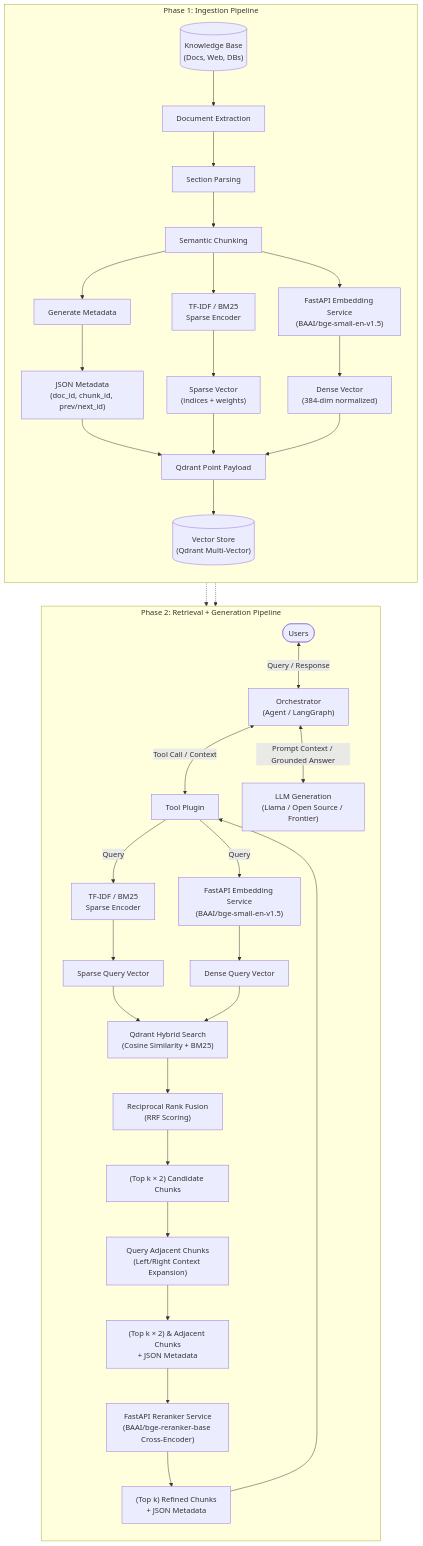
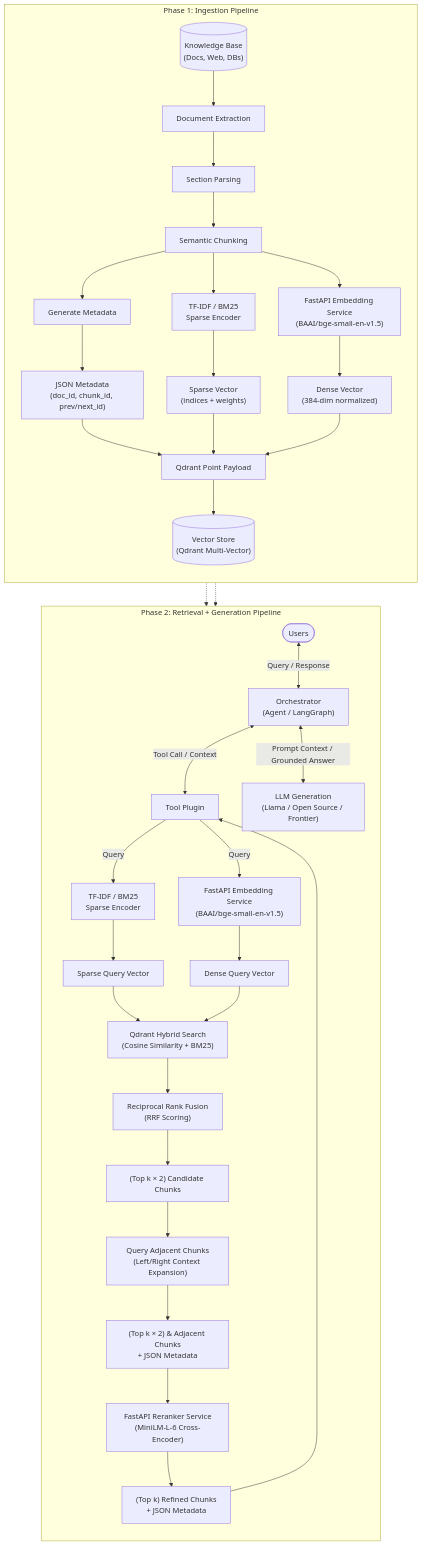
Before and after one commit to Ayush-Vish/MediAgent: the diagram in docs/HYBRID_RAG_ARCHITECTURE.md, drawn with Mermaid. The commit also changed other lines of this file and 12 other files, not shown here.

````diff
--- a/docs/HYBRID_RAG_ARCHITECTURE.md
+++ b/docs/HYBRID_RAG_ARCHITECTURE.md
@@ -13,52 +13,52 @@
 ```mermaid
 flowchart TD
     %% INGESTION PIPELINE
     subgraph INGESTION["Phase 1: Ingestion Pipeline"]
         direction TB
         KB[("Knowledge Base\n(Docs, Web, DBs)")] --> EXT["Document Extraction"]
         EXT --> SEC["Section Parsing"]
         SEC --> CHK["Semantic Chunking"]
         
         CHK --> META["Generate Metadata"]
         CHK --> TFIDF_I["TF-IDF / BM25\nSparse Encoder"]
         CHK --> DENSE_I["FastAPI Embedding Service\n(BAAI/bge-small-en-v1.5)"]
         
         META --> JSON_M["JSON Metadata\n(doc_id, chunk_id, prev/next_id)"]
         TFIDF_I --> SP_VEC["Sparse Vector\n(indices + weights)"]
         DENSE_I --> DS_VEC["Dense Vector\n(384-dim normalized)"]
         
         JSON_M & SP_VEC & DS_VEC --> POINT["Qdrant Point Payload"]
         POINT --> VSTORE[("Vector Store\n(Qdrant Multi-Vector)")]
     end
 
     %% RETRIEVAL & GENERATION PIPELINE
     subgraph RETRIEVAL["Phase 2: Retrieval + Generation Pipeline"]
         direction TB
         USER(["Users"]) <-->|"Query / Response"| ORCH["Orchestrator\n(Agent / LangGraph)"]
         ORCH <-->|"Tool Call / Context"| TOOL["Tool Plugin"]
         
         TOOL -->|"Query"| TFIDF_Q["TF-IDF / BM25\nSparse Encoder"]
         TOOL -->|"Query"| DENSE_Q["FastAPI Embedding Service\n(BAAI/bge-small-en-v1.5)"]
         
         TFIDF_Q --> SP_Q["Sparse Query Vector"]
         DENSE_Q --> DS_Q["Dense Query Vector"]
         
         SP_Q & DS_Q --> HYBRID_SRCH["Qdrant Hybrid Search\n(Cosine Similarity + BM25)"]
         VSTORE -.-> HYBRID_SRCH
         
         HYBRID_SRCH --> RRF["Reciprocal Rank Fusion\n(RRF Scoring)"]
         RRF --> TOP_2K["(Top k × 2) Candidate Chunks"]
         
         TOP_2K --> ADJ["Query Adjacent Chunks\n(Left/Right Context Expansion)"]
         VSTORE -.-> ADJ
         
         ADJ --> ADJ_CHUNKS["(Top k × 2) & Adjacent Chunks\n+ JSON Metadata"]
         
-        ADJ_CHUNKS --> RERANK["FastAPI Reranker Service\n(BAAI/bge-reranker-base Cross-Encoder)"]
+        ADJ_CHUNKS --> RERANK["FastAPI Reranker Service\n(MiniLM-L-6 Cross-Encoder)"]
         
         RERANK --> TOP_K["(Top k) Refined Chunks\n+ JSON Metadata"]
         TOP_K --> TOOL
         
         ORCH <-->|"Prompt Context / Grounded Answer"| LLM["LLM Generation\n(Llama / Open Source / Frontier)"]
     end
 ```
````
